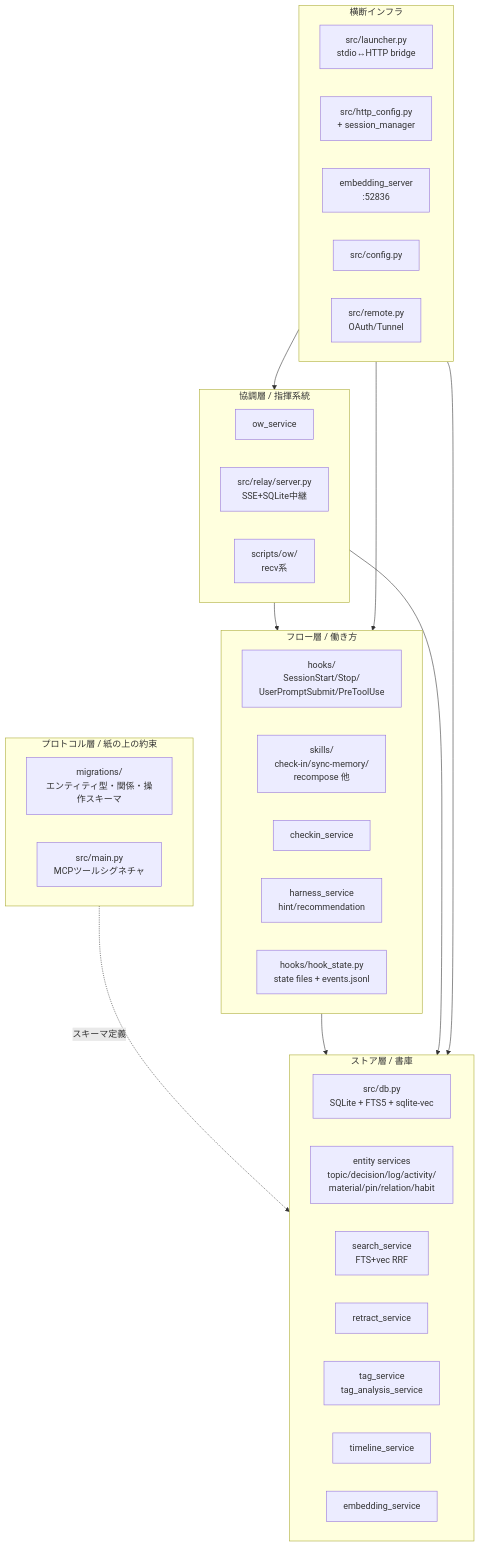
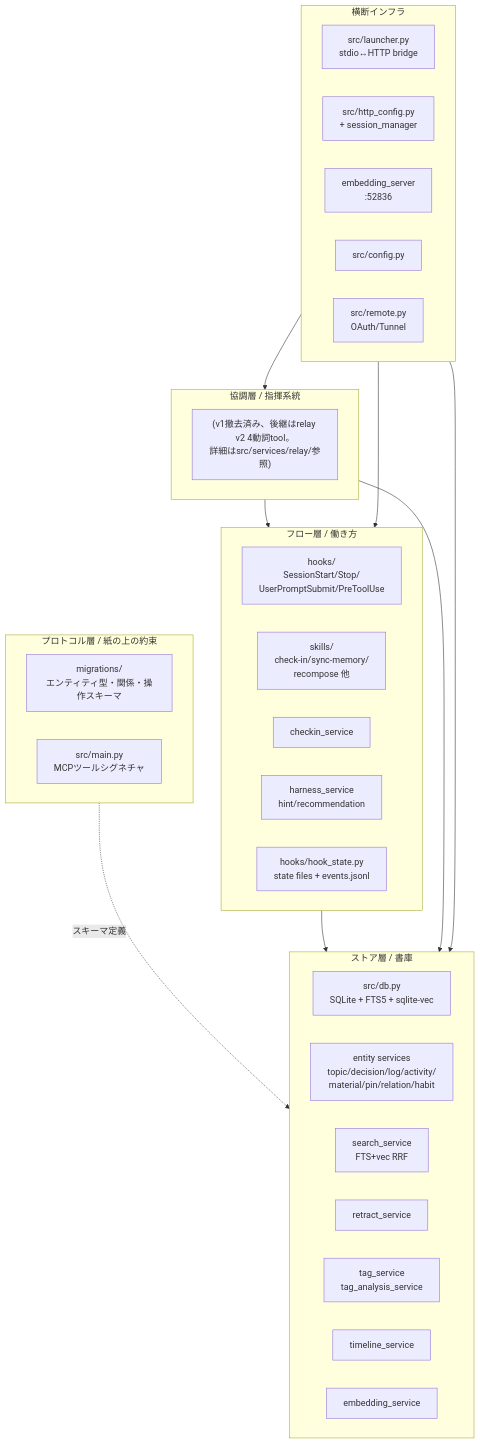
One commit to isizono/calm changed the first of 2 diagrams in docs/architecture/components.md. Above: the diagram before and after it, drawn with Mermaid. The commit also changed other lines of this file and 5 other files, not shown here.

````diff
--- a/docs/architecture/components.md
+++ b/docs/architecture/components.md
@@ -23,47 +23,45 @@
 ```mermaid
 graph TB
     subgraph Protocol["プロトコル層 / 紙の上の約束"]
         Migrations["migrations/<br/>エンティティ型・関係・操作スキーマ"]
         MCPSchema["src/main.py<br/>MCPツールシグネチャ"]
     end
 
     subgraph Store["ストア層 / 書庫"]
         DB["src/db.py<br/>SQLite + FTS5 + sqlite-vec"]
         EntityServices["entity services<br/>topic/decision/log/activity/<br/>material/pin/relation/habit"]
         SearchService["search_service<br/>FTS+vec RRF"]
         RetractService["retract_service"]
         TagService["tag_service<br/>tag_analysis_service"]
         TimelineService["timeline_service"]
         EmbeddingService["embedding_service"]
     end
 
     subgraph Flow["フロー層 / 働き方"]
         Hooks["hooks/<br/>SessionStart/Stop/<br/>UserPromptSubmit/PreToolUse"]
         Skills["skills/<br/>check-in/sync-memory/<br/>recompose 他"]
         CheckinService["checkin_service"]
         HarnessService["harness_service<br/>hint/recommendation"]
         HookState["hooks/hook_state.py<br/>state files + events.jsonl"]
     end
 
     subgraph Coord["協調層 / 指揮系統"]
-        OwService["ow_service"]
-        Relay["src/relay/server.py<br/>SSE+SQLite中継"]
-        OwScripts["scripts/ow/<br/>recv系"]
+        RelayV2["(v1撤去済み、後継はrelay v2 4動詞tool。<br/>詳細はsrc/services/relay/参照)"]
     end
 
     subgraph Infra["横断インフラ"]
         Launcher["src/launcher.py<br/>stdio↔HTTP bridge"]
         HTTPServer["src/http_config.py<br/>+ session_manager"]
         EmbeddingServer["embedding_server<br/>:52836"]
         Config["src/config.py"]
         Remote["src/remote.py<br/>OAuth/Tunnel"]
     end
 
     Protocol -.スキーマ定義.-> Store
     Flow --> Store
     Coord --> Store
     Coord --> Flow
     Infra --> Store
     Infra --> Flow
     Infra --> Coord
 ```
````
